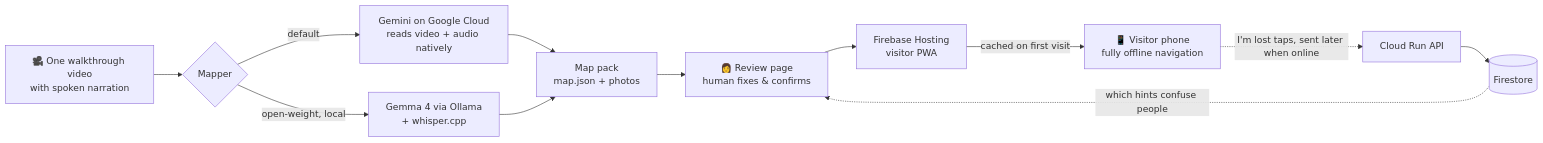
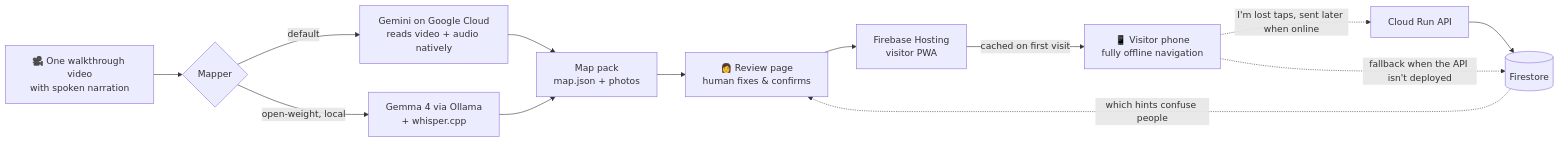
Before and after one commit to ashutoshgautams/lantern: the diagram in README.md, drawn with Mermaid. The commit also changed other lines of this file and 9 other files, not shown here.

````diff
--- a/README.md
+++ b/README.md
@@ -21,14 +21,15 @@
 ```mermaid
 flowchart LR
   V[🎥 One walkthrough video<br/>with spoken narration] --> M{Mapper}
   M -->|default| G[Gemini on Google Cloud<br/>reads video + audio natively]
   M -->|open-weight, local| GM[Gemma 4 via Ollama<br/>+ whisper.cpp]
   G --> P[Map pack<br/>map.json + photos]
   GM --> P
   P --> R[👩 Review page<br/>human fixes & confirms]
   R --> H[Firebase Hosting<br/>visitor PWA]
   H -->|cached on first visit| PH[📱 Visitor phone<br/>fully offline navigation]
   PH -.->|"I'm lost" taps, sent later when online| CR[Cloud Run API]
   CR --> FS[(Firestore)]
+  PH -.->|fallback when the API isn't deployed| FS
   FS -.->|which hints confuse people| R
 ```
````
